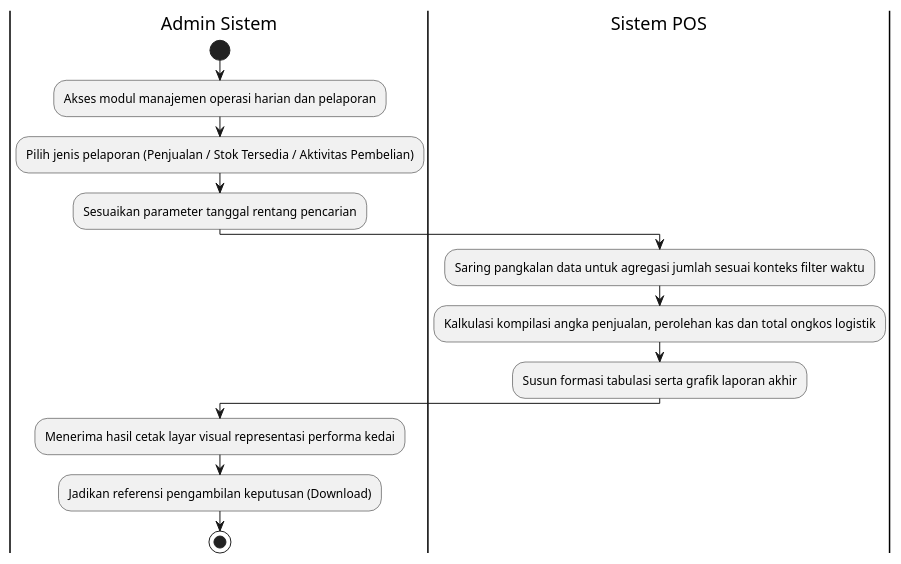
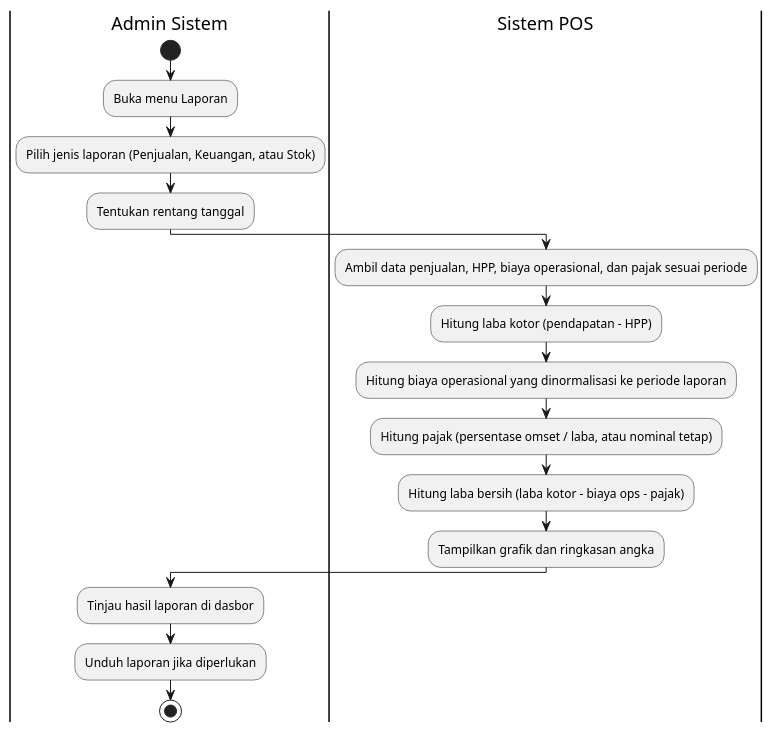
Before and after one commit to Aditiarzky/pos-app: the diagram in docs/uml-activity-operations.puml, drawn with PlantUML. The commit also changed 41 other files, not shown here.

```diff
--- a/docs/uml-activity-operations.puml
+++ b/docs/uml-activity-operations.puml
@@ -1,16 +1,20 @@
 @startuml
 |Admin Sistem|
 start
-:Akses modul manajemen operasi harian dan pelaporan;
-:Pilih jenis pelaporan (Penjualan / Stok Tersedia / Aktivitas Pembelian);
-:Sesuaikan parameter tanggal rentang pencarian;
+:Buka menu Laporan;
+:Pilih jenis laporan (Penjualan, Keuangan, atau Stok);
+:Tentukan rentang tanggal;
 
 |Sistem POS|
-:Saring pangkalan data untuk agregasi jumlah sesuai konteks filter waktu;
-:Kalkulasi kompilasi angka penjualan, perolehan kas dan total ongkos logistik;
-:Susun formasi tabulasi serta grafik laporan akhir;
+:Ambil data penjualan, HPP, biaya operasional, dan pajak sesuai periode;
+:Hitung laba kotor (pendapatan - HPP);
+:Hitung biaya operasional yang dinormalisasi ke periode laporan;
+:Hitung pajak (persentase omset / laba, atau nominal tetap);
+:Hitung laba bersih (laba kotor - biaya ops - pajak);
+:Tampilkan grafik dan ringkasan angka;
+
 |Admin Sistem|
-:Menerima hasil cetak layar visual representasi performa kedai;
-:Jadikan referensi pengambilan keputusan (Download);
+:Tinjau hasil laporan di dasbor;
+:Unduh laporan jika diperlukan;
 stop
 @enduml
```
